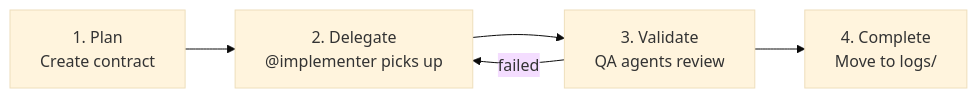
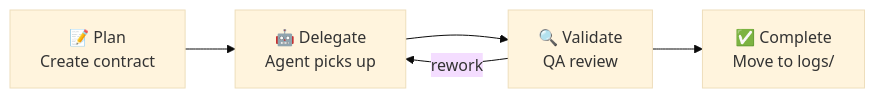
The diagram in docs/guides/orchestration.md (1broseidon/brainfile), drawn with Mermaid (base theme) before and after one commit. The commit also changed 6 other files, not shown here.

First line of the commit message:
mermaid diagram cohesive UI overhaul

````diff
--- a/docs/guides/orchestration.md
+++ b/docs/guides/orchestration.md
@@ -15,7 +15,7 @@
 ```mermaid
 flowchart LR
-    Plan["1. Plan<br/>Create contract"] --> Delegate["2. Delegate<br/>@implementer picks up"]
-    Delegate --> Validate["3. Validate<br/>QA agents review"]
-    Validate --> Complete["4. Complete<br/>Move to logs/"]
-    Validate -->|failed| Delegate
+    Plan["📝 Plan<br/>Create contract"] --> Delegate["🤖 Delegate<br/>Agent picks up"]
+    Delegate --> Validate["🔍 Validate<br/>QA review"]
+    Validate --> Complete["✅ Complete<br/>Move to logs/"]
+    Validate -->|"rework"| Delegate
 ```
````
